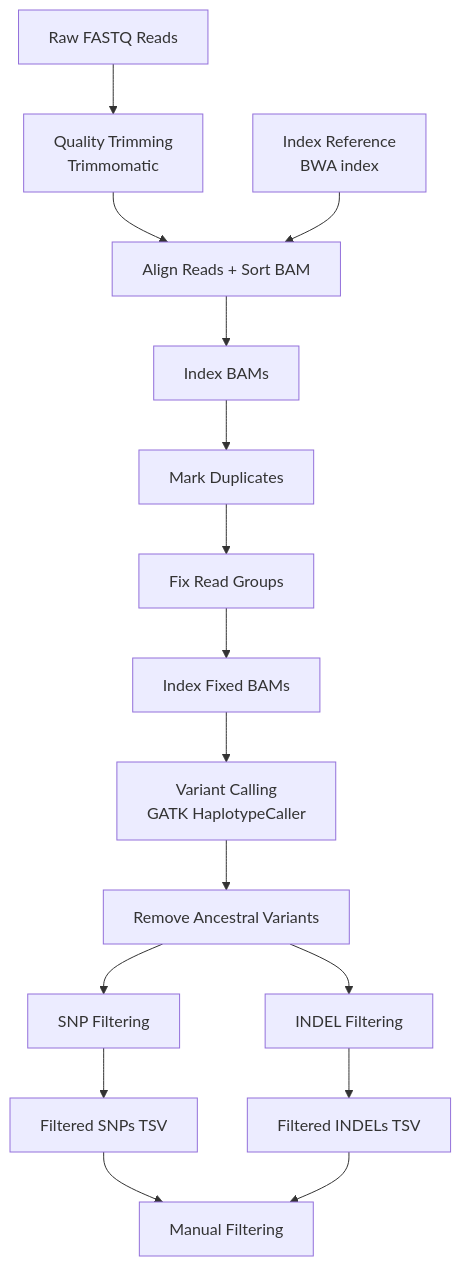
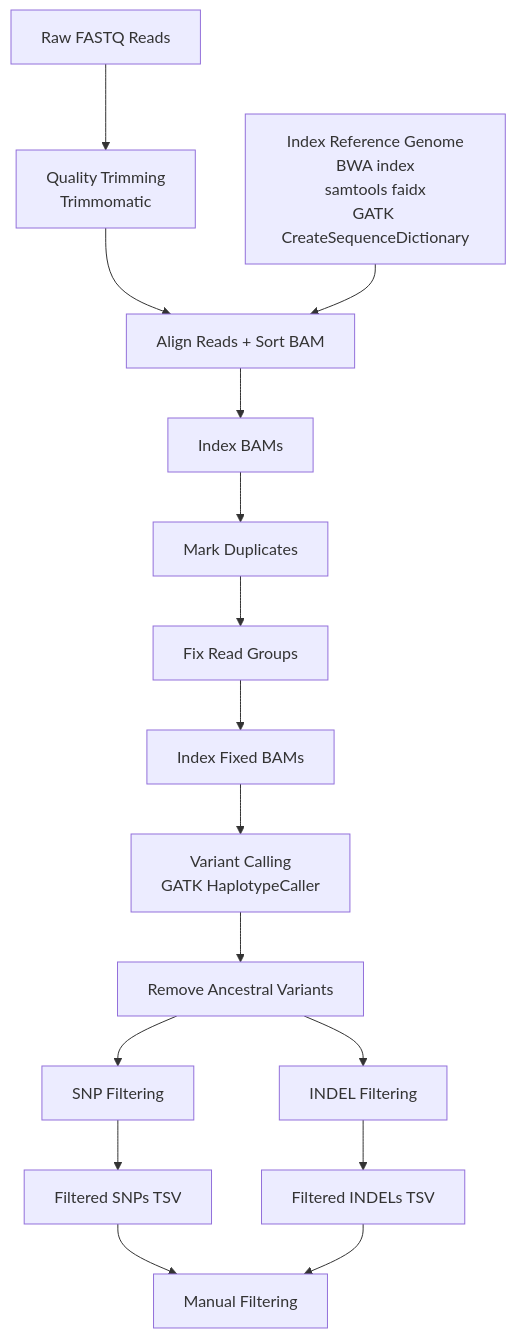
Before and after one commit to dtlac/Genomic-analysis-pipelines: the diagram in README.md, drawn with Mermaid.

````diff
--- a/README.md
+++ b/README.md
@@ -32,30 +32,30 @@
 ```mermaid
 flowchart TD
 
 A[Raw FASTQ Reads]
 
 A --> B[Quality Trimming<br/>Trimmomatic]
 
-R[Index Reference<br/>BWA index]
+R[Index Reference Genome<br/>BWA index<br/>samtools faidx<br/>GATK CreateSequenceDictionary]
 
 B --> C[Align Reads + Sort BAM]
 R --> C
 
 C --> D[Index BAMs]
 D --> E[Mark Duplicates]
 E --> F[Fix Read Groups]
 F --> G[Index Fixed BAMs]
 
 G --> H[Variant Calling<br/>GATK HaplotypeCaller]
 
 H --> I[Remove Ancestral Variants]
 
 I --> J[SNP Filtering]
 I --> K[INDEL Filtering]
 
 J --> L[Filtered SNPs TSV]
 K --> M[Filtered INDELs TSV]
 
 L --> N[Manual Filtering]
 M --> N
 ```
````
